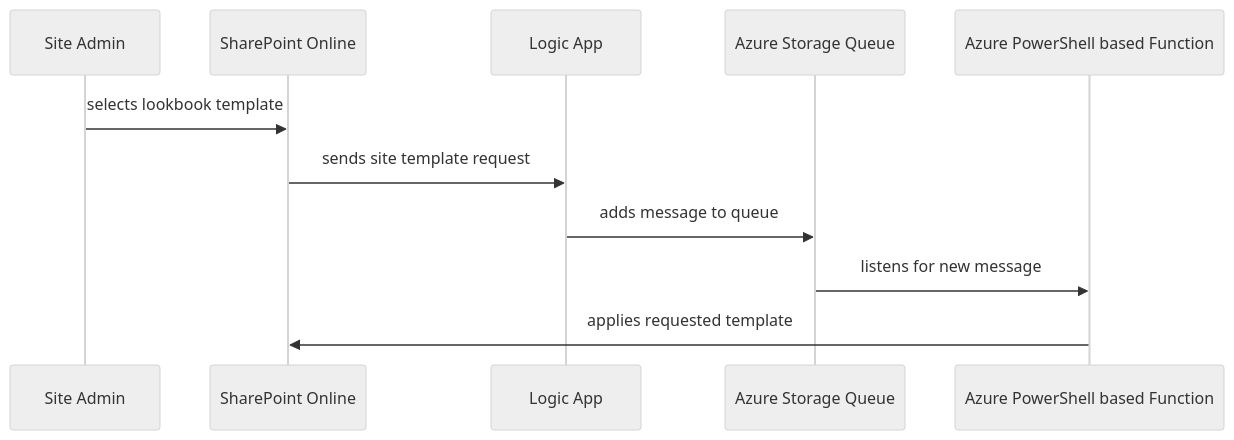
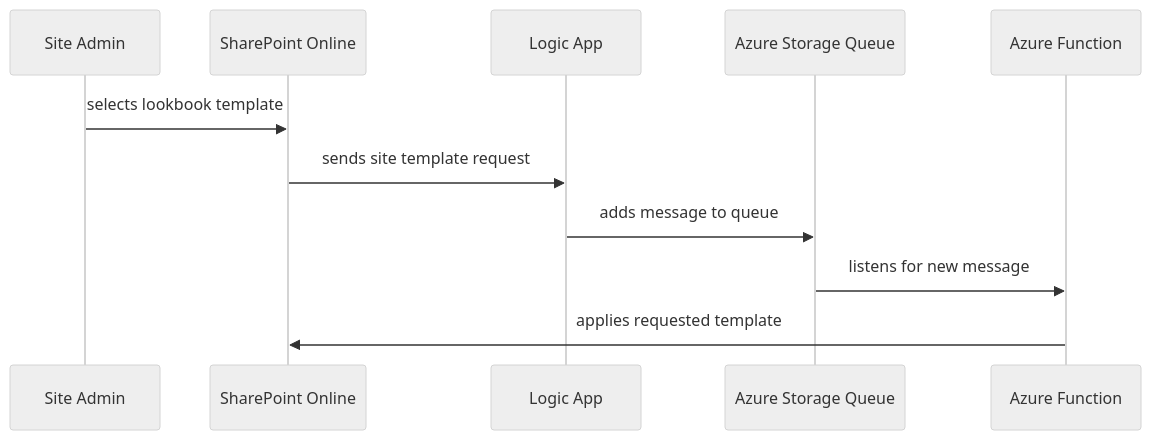
Before and after one commit to joerodgers/spo-lookbook-template-applicator: the diagram in README.md, drawn with Mermaid (neutral theme).

````diff
--- a/README.md
+++ b/README.md
@@ -4,13 +4,13 @@
 ```mermaid
 sequenceDiagram
     user->>spo: selects lookbook template 
     participant spo   as SharePoint Online
     participant logic as Logic App
     participant queue as Azure Storage Queue
-    participant func  as Azure PowerShell based Function
+    participant func  as Azure Function
     participant user  as Site Admin
     spo->>logic:   sends site template request
     logic->>queue: adds message to queue
     queue->>func:  listens for new message
     func->>spo:    applies requested template
 ```
````
